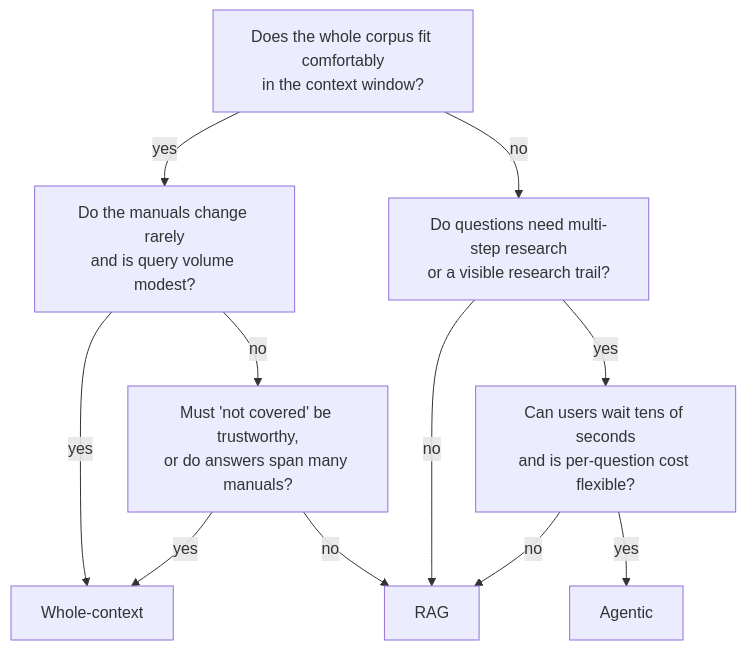
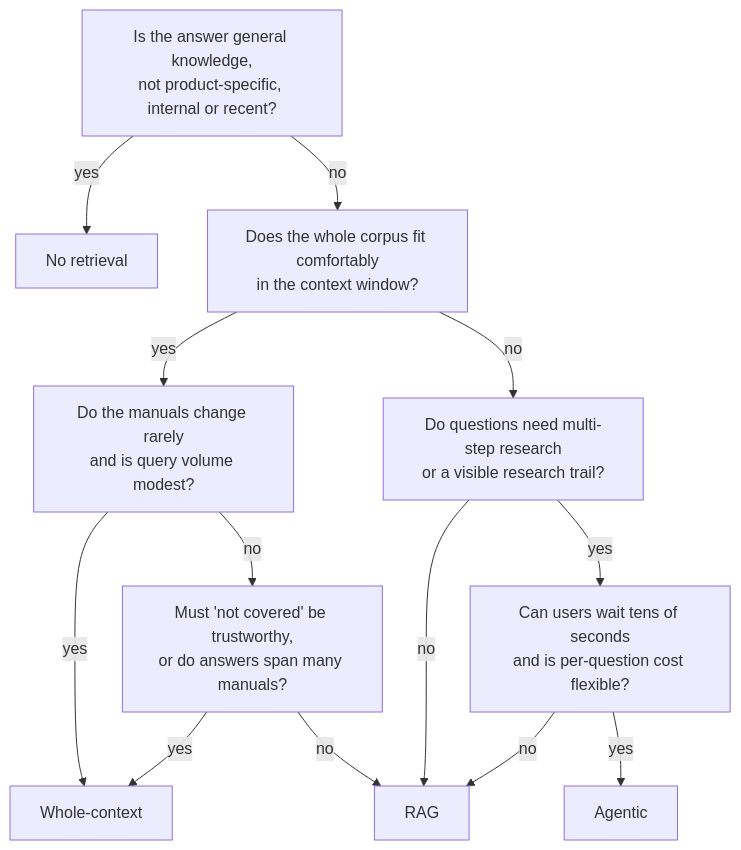
One commit to belaboros/UserManualAssistant changed the diagram in docs/choosing-a-strategy.md. Above: the diagram before and after it, drawn with Mermaid. The commit also changed other lines of this file and 11 other files, not shown here.

````diff
--- a/docs/choosing-a-strategy.md
+++ b/docs/choosing-a-strategy.md
@@ -36,13 +42,15 @@
 ```mermaid
 flowchart TD
+    Z["Is the answer general knowledge,<br/>not product-specific, internal or recent?"] -->|"yes"| BL["No retrieval"]
+    Z -->|"no"| A
     A["Does the whole corpus fit comfortably<br/>in the context window?"] -->|"yes"| B["Do the manuals change rarely<br/>and is query volume modest?"]
     A -->|"no"| D["Do questions need multi-step research<br/>or a visible research trail?"]
     B -->|"yes"| WC["Whole-context"]
     B -->|"no"| C["Must 'not covered' be trustworthy,<br/>or do answers span many manuals?"]
     C -->|"yes"| WC
     C -->|"no"| RAG["RAG"]
     D -->|"yes"| E["Can users wait tens of seconds<br/>and is per-question cost flexible?"]
     D -->|"no"| RAG
     E -->|"yes"| AG["Agentic"]
     E -->|"no"| RAG
 ```
````
